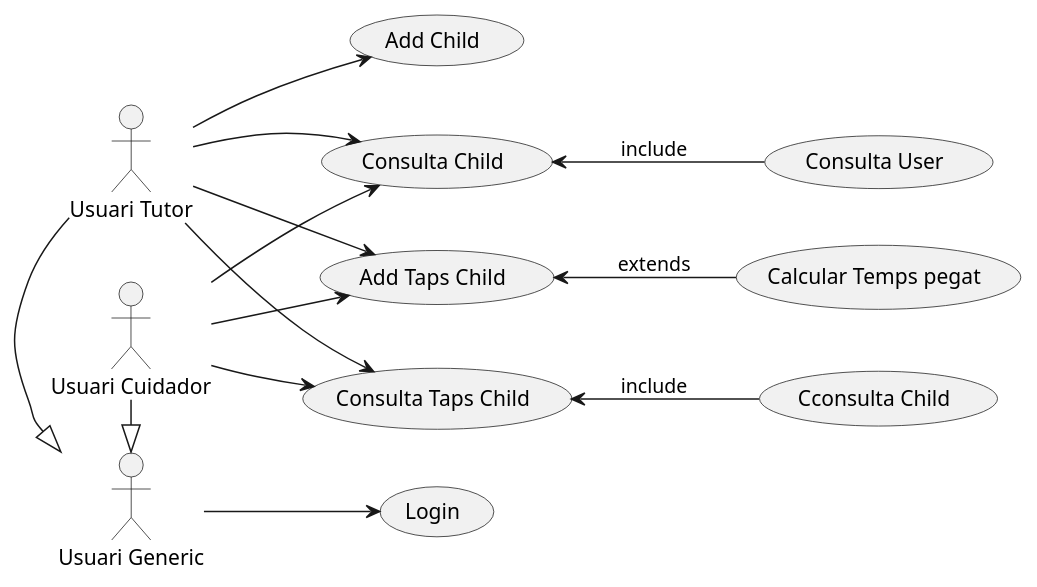
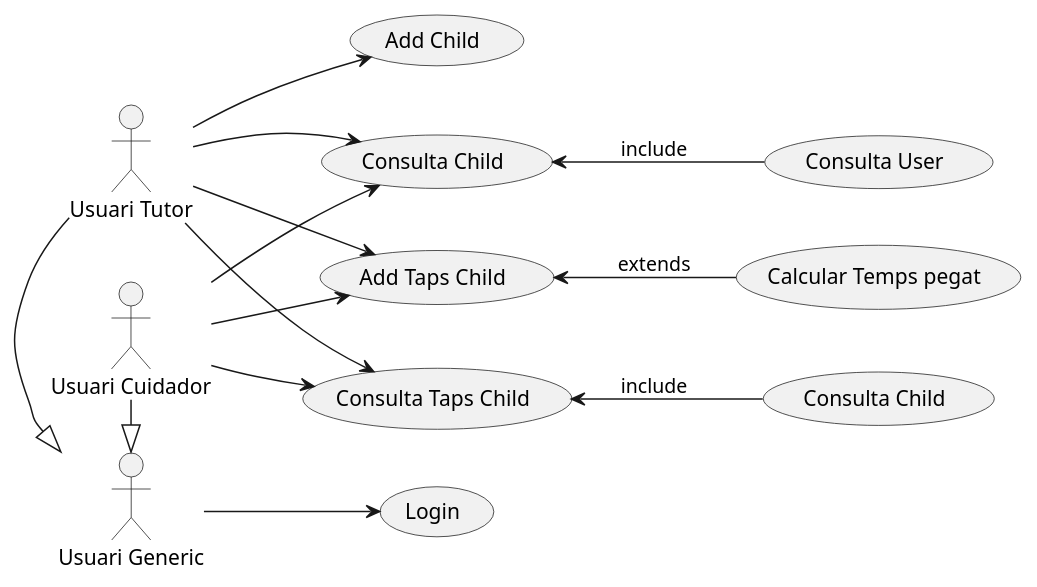
Before and after one commit to dnwits/TapatApp: the diagram in prototip3/documentacio/dgrm_user.pu, drawn with PlantUML. The commit also changed 2 other files, not shown here.

```diff
--- a/prototip3/documentacio/dgrm_user.pu
+++ b/prototip3/documentacio/dgrm_user.pu
@@ -1,31 +1,31 @@
 @startuml
 left to right direction
 
 actor "Usuari Generic" as generic_user
 actor "Usuari Tutor" as tutor_user
 actor "Usuari Cuidador" as cuidador_user
 tutor_user -|> generic_user
 cuidador_user -|> generic_user
 
 usecase "Login" as UC1
 usecase "Consulta Child" as UC2
 usecase "Add Child" as UC3
 usecase "Add Taps Child" as UC4
 usecase "Consulta Taps Child" as UC5
 (Consulta User) as UC6
 (Calcular Temps pegat) as UC7
-(Cconsulta Child) as UC8
+(Consulta Child) as UC8
 
 
 generic_user --> UC1
 tutor_user --> UC2
 tutor_user --> UC3
 tutor_user --> UC4
 tutor_user --> UC5
 cuidador_user --> UC2
 cuidador_user --> UC4
 cuidador_user --> UC5
 UC2 <-- UC6 : include
 UC4 <-- UC7 : extends
 UC5 <-- UC8 : include
 @enduml
```
